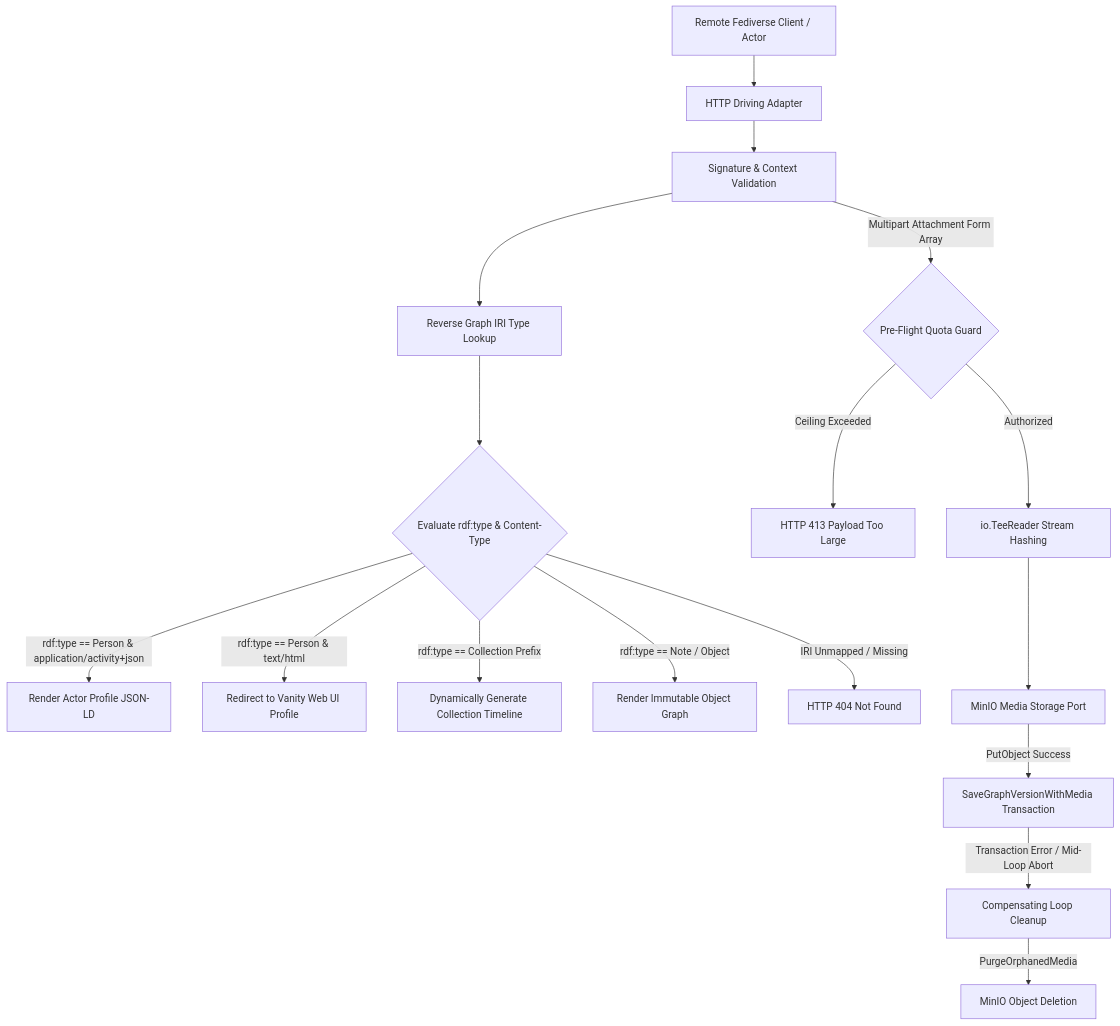
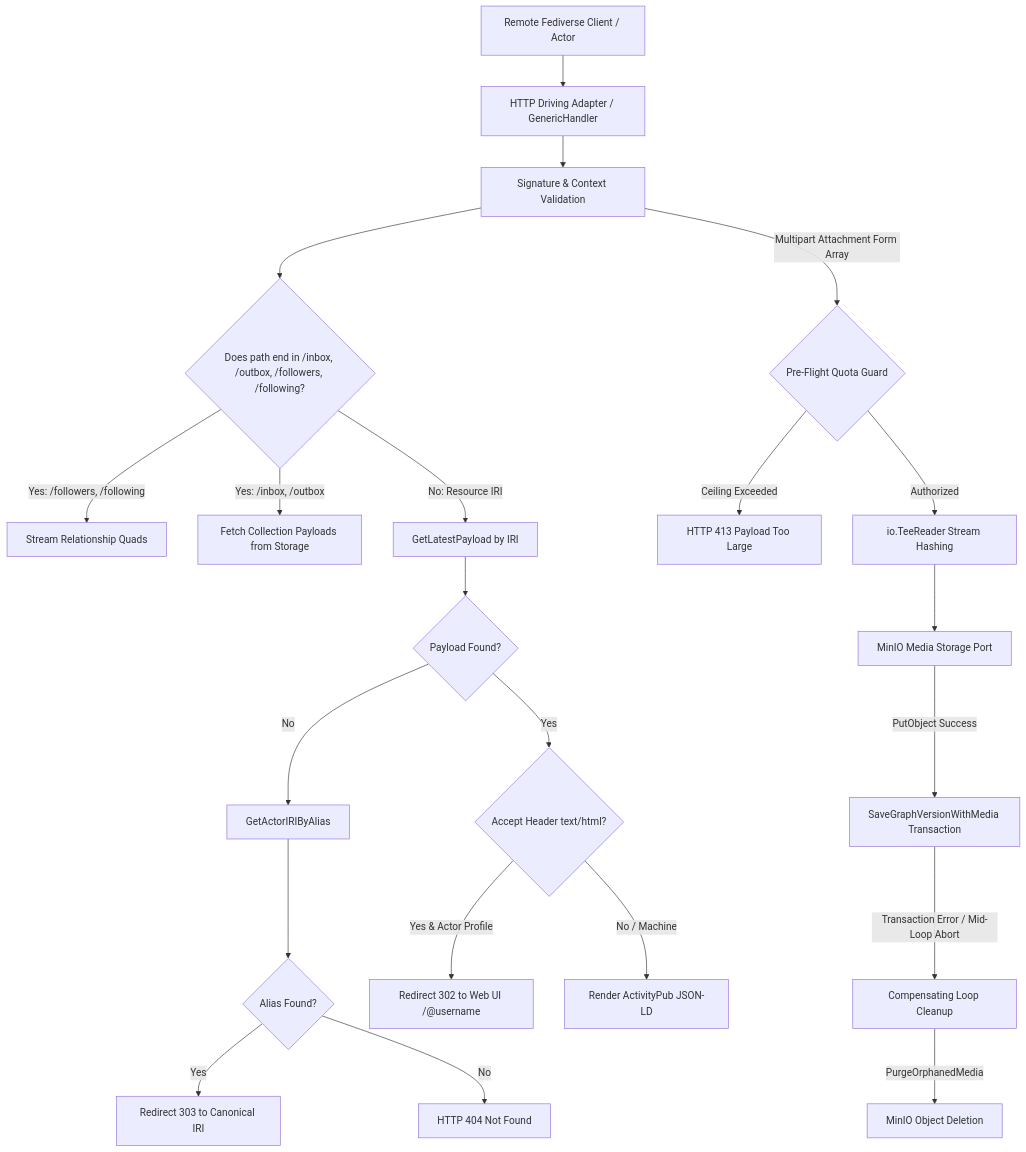
One commit to sprezz-net/sprezz changed the first of 3 diagrams in docs/architecture_blueprint.md. Above: the diagram before and after it, drawn with Mermaid. The commit also changed other lines of this file, not shown here.

Commit message:
Update blueprint

````diff
--- a/docs/architecture_blueprint.md
+++ b/docs/architecture_blueprint.md
@@ -23,27 +23,36 @@
 ```mermaid
 flowchart TD
-    Remote[Remote Fediverse Client / Actor] --> HTTP[HTTP Driving Adapter]
+    Remote[Remote Fediverse Client / Actor] --> HTTP[HTTP Driving Adapter / GenericHandler]
     HTTP --> Verify[Signature & Context Validation]
 
-    %% Semantic Routing Decision Loop
-    Verify --> IRIQuery[Reverse Graph IRI Type Lookup]
-    IRIQuery --> Branch{Evaluate rdf:type & Content-Type}
+    %% Suffix Routing & Payload Lookup
+    Verify --> MatchSuffix{Does path end in /inbox, /outbox, /followers, /following?}
 
-    %% Execution Paths
-    Branch -->|rdf:type == Person & application/activity+json| ServeProfile[Render Actor Profile JSON-LD]
-    Branch -->|rdf:type == Person & text/html| RedirectWeb[Redirect to Vanity Web UI Profile]
-    Branch -->|rdf:type == Collection Prefix| ServeTimeline[Dynamically Generate Collection Timeline]
-    Branch -->|rdf:type == Note / Object| ServeObject[Render Immutable Object Graph]
-    Branch -->|IRI Unmapped / Missing| Fail404[HTTP 404 Not Found]
+    %% Suffix Paths
+    MatchSuffix -->|Yes: /followers, /following| ServeRelCollection[Stream Relationship Quads]
+    MatchSuffix -->|Yes: /inbox, /outbox| ServePayloadCollection[Fetch Collection Payloads from Storage]
+
+    %% Non-Collection/Resource Path
+    MatchSuffix -->|No: Resource IRI| QueryPayload[GetLatestPayload by IRI]
+    QueryPayload --> PayloadExists{Payload Found?}
+
+    PayloadExists -->|No| QueryAlias[GetActorIRIByAlias]
+    QueryAlias --> AliasExists{Alias Found?}
+    AliasExists -->|Yes| RedirectCanonical[Redirect 303 to Canonical IRI]
+    AliasExists -->|No| Fail404[HTTP 404 Not Found]
+
+    PayloadExists -->|Yes| CheckAccept{Accept Header text/html?}
+    CheckAccept -->|Yes & Actor Profile| RedirectVanity[Redirect 302 to Web UI /@username]
+    CheckAccept -->|No / Machine| ServePayload[Render ActivityPub JSON-LD]
 
     %% Multipart Upload Loop Path
     Verify -->|Multipart Attachment Form Array| QuotaGuard{Pre-Flight Quota Guard}
     QuotaGuard -->|Ceiling Exceeded| Fail413[HTTP 413 Payload Too Large]
     QuotaGuard -->|Authorized| TeeStream[io.TeeReader Stream Hashing]
     TeeStream --> MediaPort[MinIO Media Storage Port]
     MediaPort -->|PutObject Success| AtomicDB[SaveGraphVersionWithMedia Transaction]
 
     %% Rollback Branch
     AtomicDB -->|Transaction Error / Mid-Loop Abort| Rollback[Compensating Loop Cleanup]
     Rollback -->|PurgeOrphanedMedia| DeleteMedia[MinIO Object Deletion]
 ```
````
